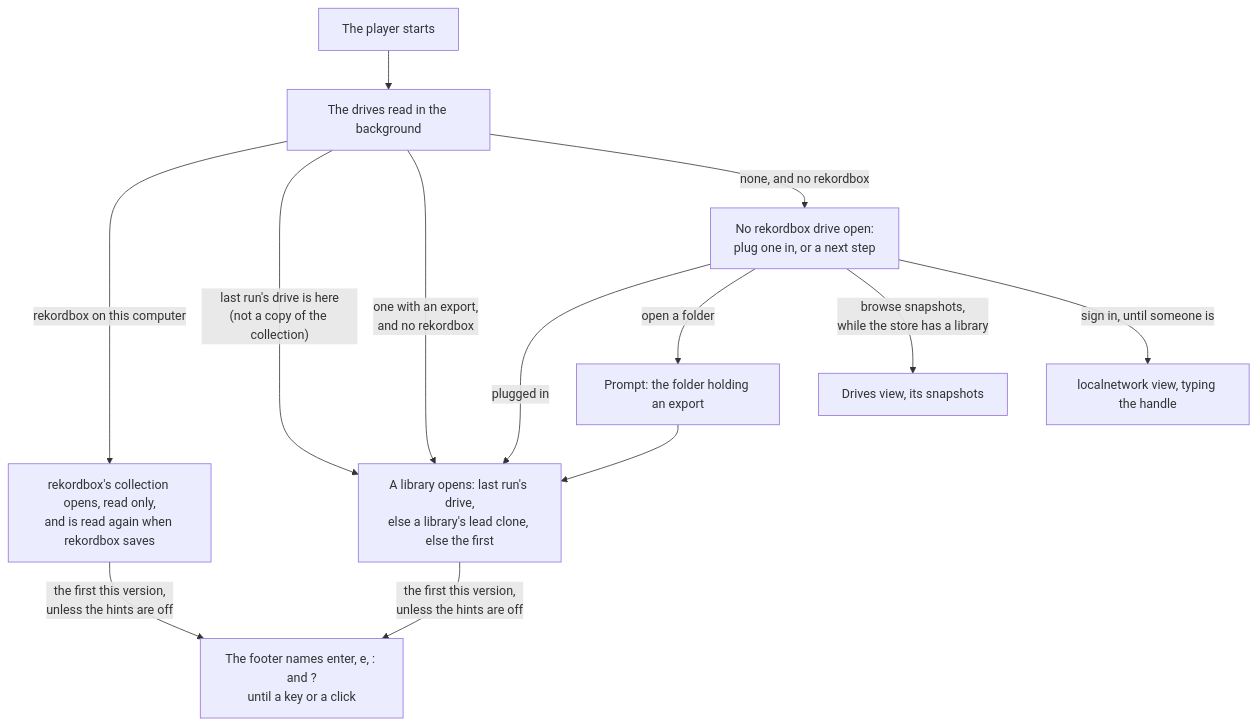
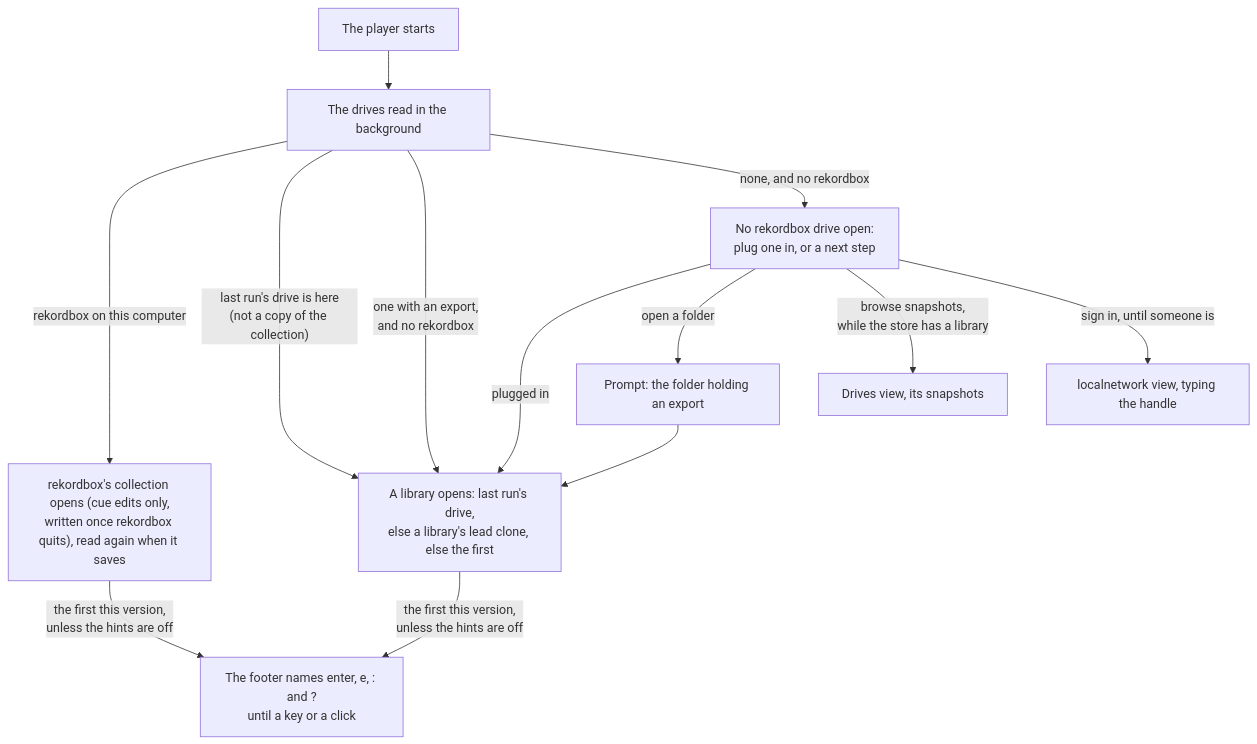
One commit to cutenode/localnetwork changed the second of 17 diagrams in apps/locallibrary/docs/diagrams/player.md. Above: the diagram before and after it, drawn with Mermaid. The commit also changed 16 other files, not shown here.

First line of the commit message:
feat(locallibrary): the player writes the collection's waiting cue edits and undoes them

````diff
--- a/apps/locallibrary/docs/diagrams/player.md
+++ b/apps/locallibrary/docs/diagrams/player.md
@@ -51,14 +51,14 @@
 ```mermaid
 flowchart TD
     start["The player starts"] --> read["The drives read in the background"]
-    read -->|"rekordbox on this computer"| collection["rekordbox's collection opens, read only,<br/>and is read again when rekordbox saves"]
+    read -->|"rekordbox on this computer"| collection["rekordbox's collection opens (cue edits only,<br/>written once rekordbox quits), read again when it saves"]
     read -->|"last run's drive is here<br/>(not a copy of the collection)"| open["A library opens: last run's drive,<br/>else a library's lead clone, else the first"]
     read -->|"one with an export,<br/>and no rekordbox"| open
     read -->|"none, and no rekordbox"| empty["No rekordbox drive open:<br/>plug one in, or a next step"]
     empty -->|"plugged in"| open
     empty -->|"open a folder"| folder["Prompt: the folder holding an export"]
     folder --> open
     empty -->|"browse snapshots,<br/>while the store has a library"| snapshots["Drives view, its snapshots"]
     empty -->|"sign in, until someone is"| publish["localnetwork view, typing the handle"]
     open & collection -->|"the first this version,<br/>unless the hints are off"| intro["The footer names enter, e, : and ?<br/>until a key or a click"]
 ```
````
